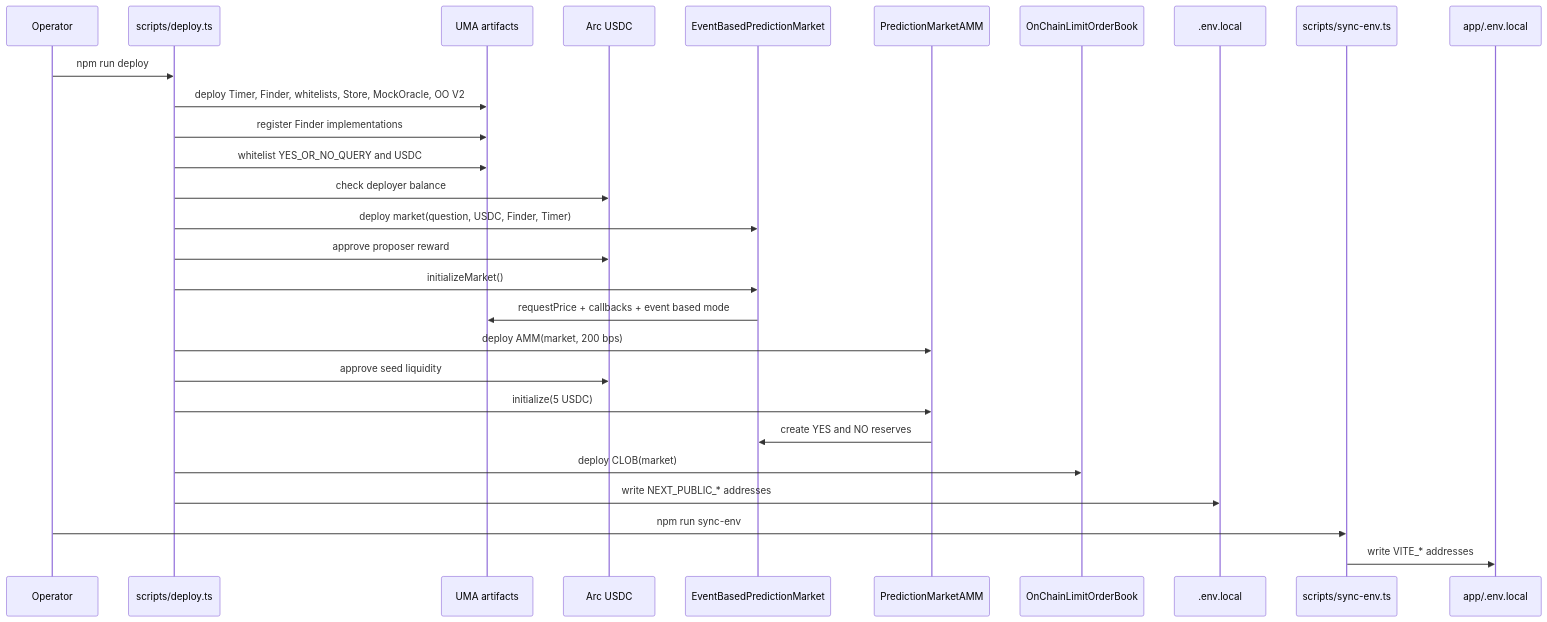
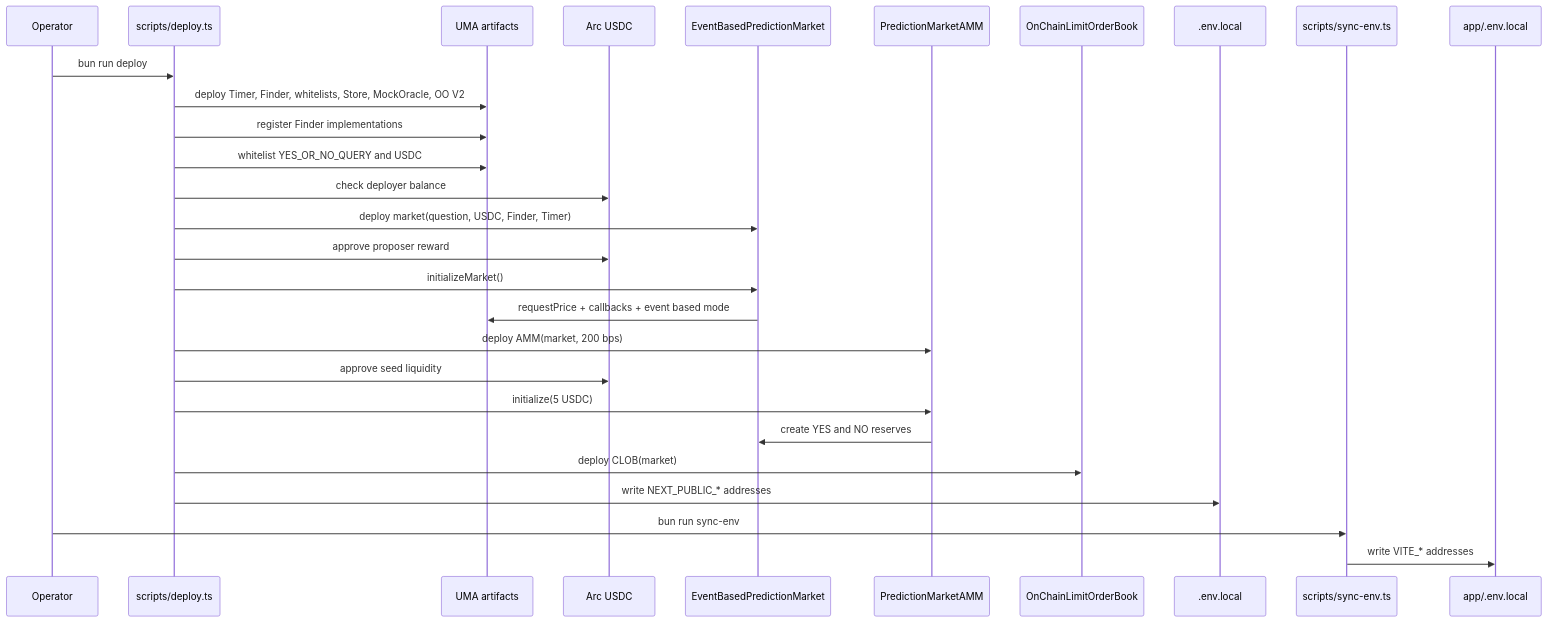
The fourth of 5 diagrams in docs/architecture-ascii-mermaid.md (Kirashchuk/Predict-Edge), drawn with Mermaid before and after one commit. The commit also changed 10 other files, not shown here.

````diff
--- a/docs/architecture-ascii-mermaid.md
+++ b/docs/architecture-ascii-mermaid.md
@@ -190,31 +190,31 @@
 ```mermaid
 sequenceDiagram
     participant Op as Operator
     participant Deploy as scripts/deploy.ts
     participant UMA as UMA artifacts
     participant USDC as Arc USDC
     participant MKT as EventBasedPredictionMarket
     participant AMM as PredictionMarketAMM
     participant CLOB as OnChainLimitOrderBook
     participant Env as .env.local
     participant Sync as scripts/sync-env.ts
     participant AppEnv as app/.env.local
 
-    Op->>Deploy: npm run deploy
+    Op->>Deploy: bun run deploy
     Deploy->>UMA: deploy Timer, Finder, whitelists, Store, MockOracle, OO V2
     Deploy->>UMA: register Finder implementations
     Deploy->>UMA: whitelist YES_OR_NO_QUERY and USDC
     Deploy->>USDC: check deployer balance
     Deploy->>MKT: deploy market(question, USDC, Finder, Timer)
     Deploy->>USDC: approve proposer reward
     Deploy->>MKT: initializeMarket()
     MKT->>UMA: requestPrice + callbacks + event based mode
     Deploy->>AMM: deploy AMM(market, 200 bps)
     Deploy->>USDC: approve seed liquidity
     Deploy->>AMM: initialize(5 USDC)
     AMM->>MKT: create YES and NO reserves
     Deploy->>CLOB: deploy CLOB(market)
     Deploy->>Env: write NEXT_PUBLIC_* addresses
-    Op->>Sync: npm run sync-env
+    Op->>Sync: bun run sync-env
     Sync->>AppEnv: write VITE_* addresses
 ```
````
